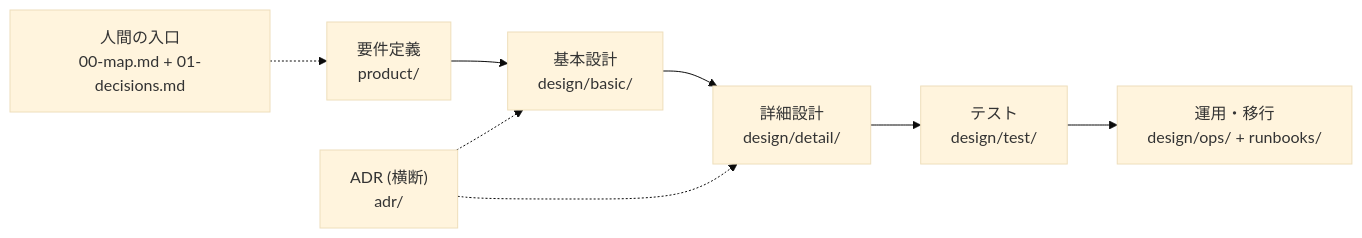
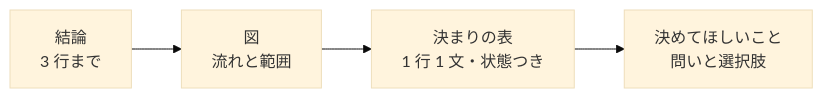
Before and after one commit to SakakitaniJunya/Igeta: the second of 3 diagrams in README.md, drawn with Mermaid (base theme). The commit also changed other lines of this file and 270 other files, not shown here.

````diff
--- a/README.md
+++ b/README.md
@@ -82,10 +143,4 @@
 ```mermaid
 flowchart LR
-  M["人間の入口<br/>00-map.md + 01-decisions.md"] -.-> R
-  R["要件定義<br/>product/"] --> B["基本設計<br/>design/basic/"]
-  B --> D["詳細設計<br/>design/detail/"]
-  D --> T["テスト<br/>design/test/"]
-  T --> O["運用・移行<br/>design/ops/ + runbooks/"]
-  A["ADR (横断)<br/>adr/"] -.-> B
-  A -.-> D
+  T["結論<br/>3 行まで"] --> D["図<br/>流れと範囲"] --> R["決まりの表<br/>1 行 1 文・状態つき"] --> Q["決めてほしいこと<br/>問いと選択肢"]
 ```
````
